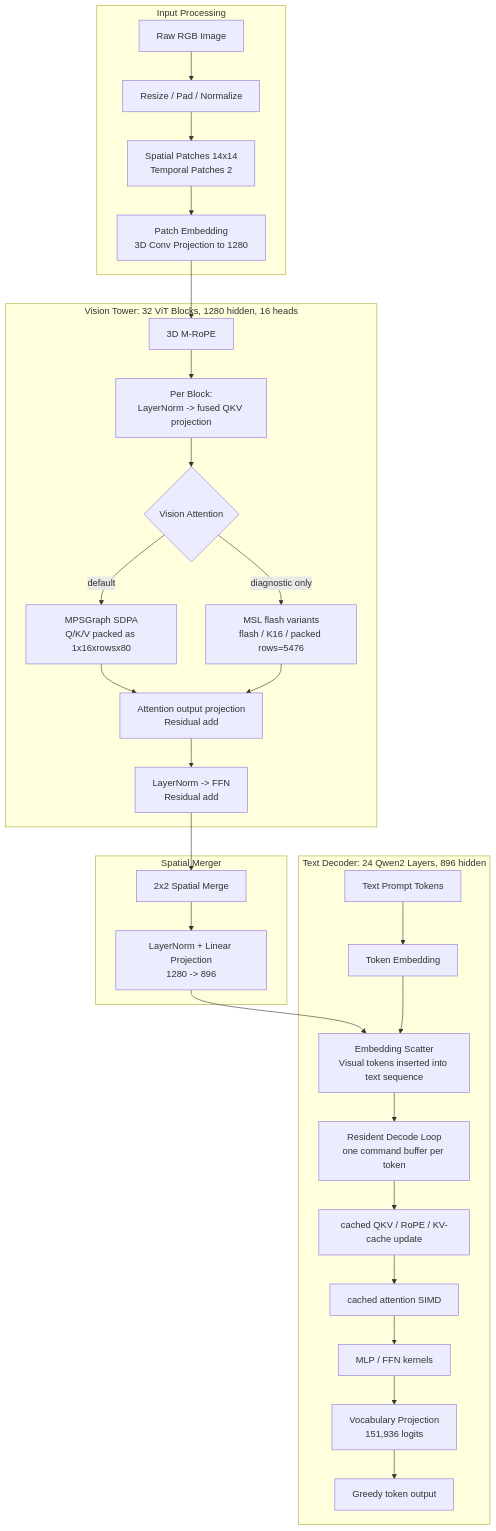
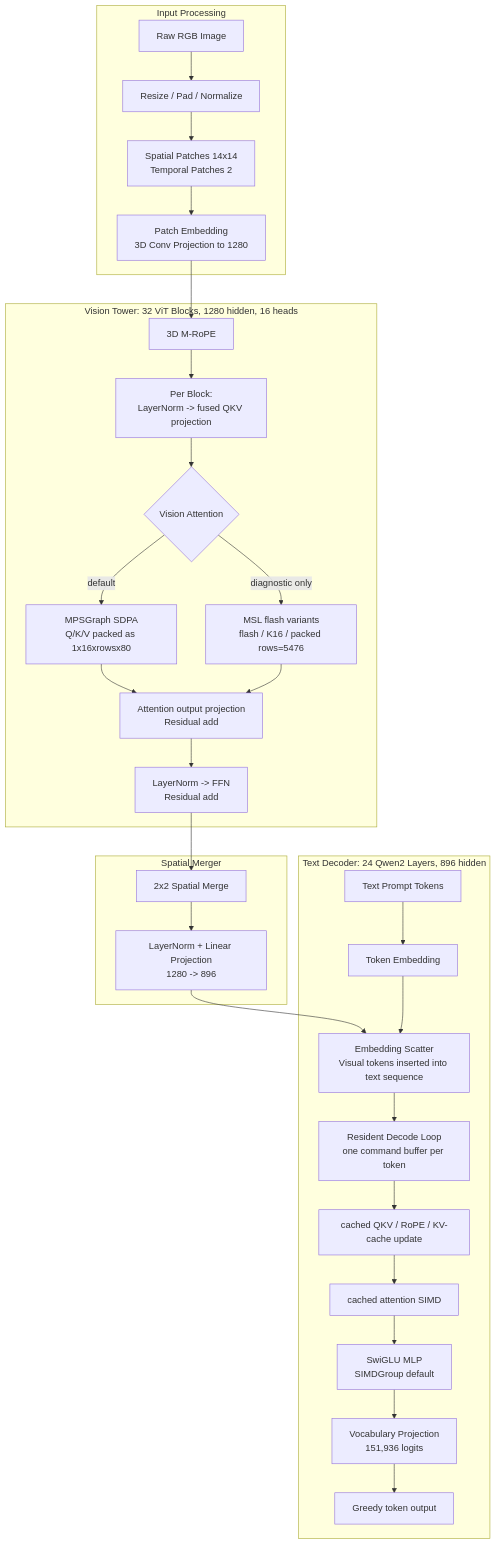
The second of 4 diagrams in mineru/docs/design-docs/mu-architecture.md (wilhelmjung/ds4), drawn with Mermaid before and after one commit. The commit also changed other lines of this file and 7 other files, not shown here.

````diff
--- a/mineru/docs/design-docs/mu-architecture.md
+++ b/mineru/docs/design-docs/mu-architecture.md
@@ -46,37 +46,37 @@
 ```mermaid
 graph TB
     subgraph Input["Input Processing"]
         Img["Raw RGB Image"] --> Pre["Resize / Pad / Normalize"]
         Pre --> Patches["Spatial Patches 14x14<br/>Temporal Patches 2"]
         Patches --> PE["Patch Embedding<br/>3D Conv Projection to 1280"]
     end
 
     subgraph Vision["Vision Tower: 32 ViT Blocks, 1280 hidden, 16 heads"]
         PE --> MRope["3D M-RoPE"]
         MRope --> VBlock["Per Block:<br/>LayerNorm -> fused QKV projection"]
         VBlock --> VAttn{"Vision Attention"}
         VAttn -->|default| MPSGraph["MPSGraph SDPA<br/>Q/K/V packed as 1x16xrowsx80"]
         VAttn -->|diagnostic only| MSLDiag["MSL flash variants<br/>flash / K16 / packed rows=5476"]
         MPSGraph --> VProj["Attention output projection<br/>Residual add"]
         MSLDiag --> VProj
         VProj --> VFFN["LayerNorm -> FFN<br/>Residual add"]
     end
 
     subgraph Merger["Spatial Merger"]
         VFFN --> Pool["2x2 Spatial Merge"]
         Pool --> MLProj["LayerNorm + Linear Projection<br/>1280 -> 896"]
     end
 
     subgraph Decoder["Text Decoder: 24 Qwen2 Layers, 896 hidden"]
         MLProj --> EmbedScatter["Embedding Scatter<br/>Visual tokens inserted into text sequence"]
         Prompt["Text Prompt Tokens"] --> TextEmbed["Token Embedding"]
         TextEmbed --> EmbedScatter
 
         EmbedScatter --> Resident["Resident Decode Loop<br/>one command buffer per token"]
         Resident --> QKV["cached QKV / RoPE / KV-cache update"]
         QKV --> TextAttn["cached attention SIMD"]
-        TextAttn --> TextFFN["MLP / FFN kernels"]
+        TextAttn --> TextFFN["SwiGLU MLP<br/>SIMDGroup default"]
         TextFFN --> VocabProj["Vocabulary Projection<br/>151,936 logits"]
         VocabProj --> Logits["Greedy token output"]
     end
 ```
````
